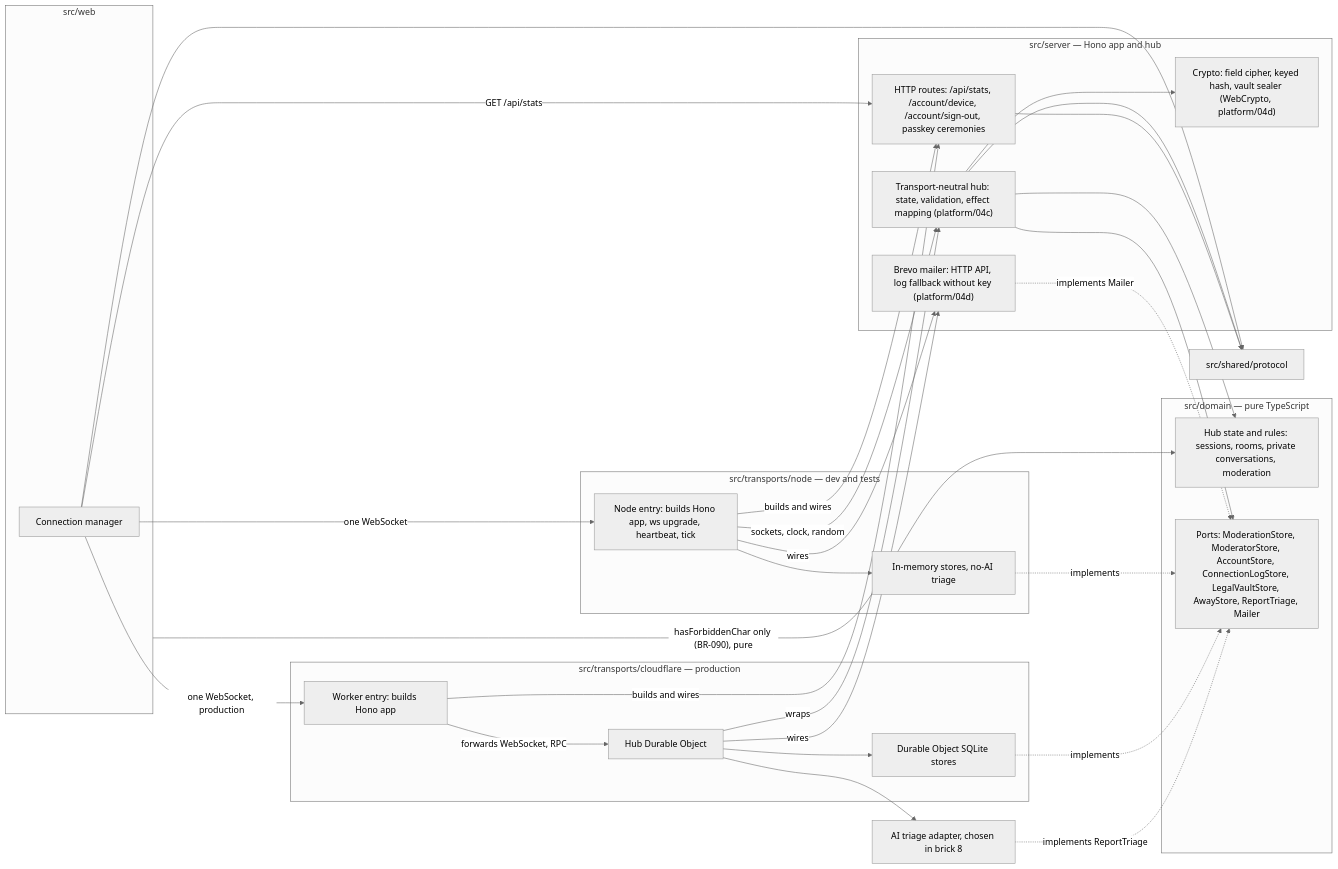
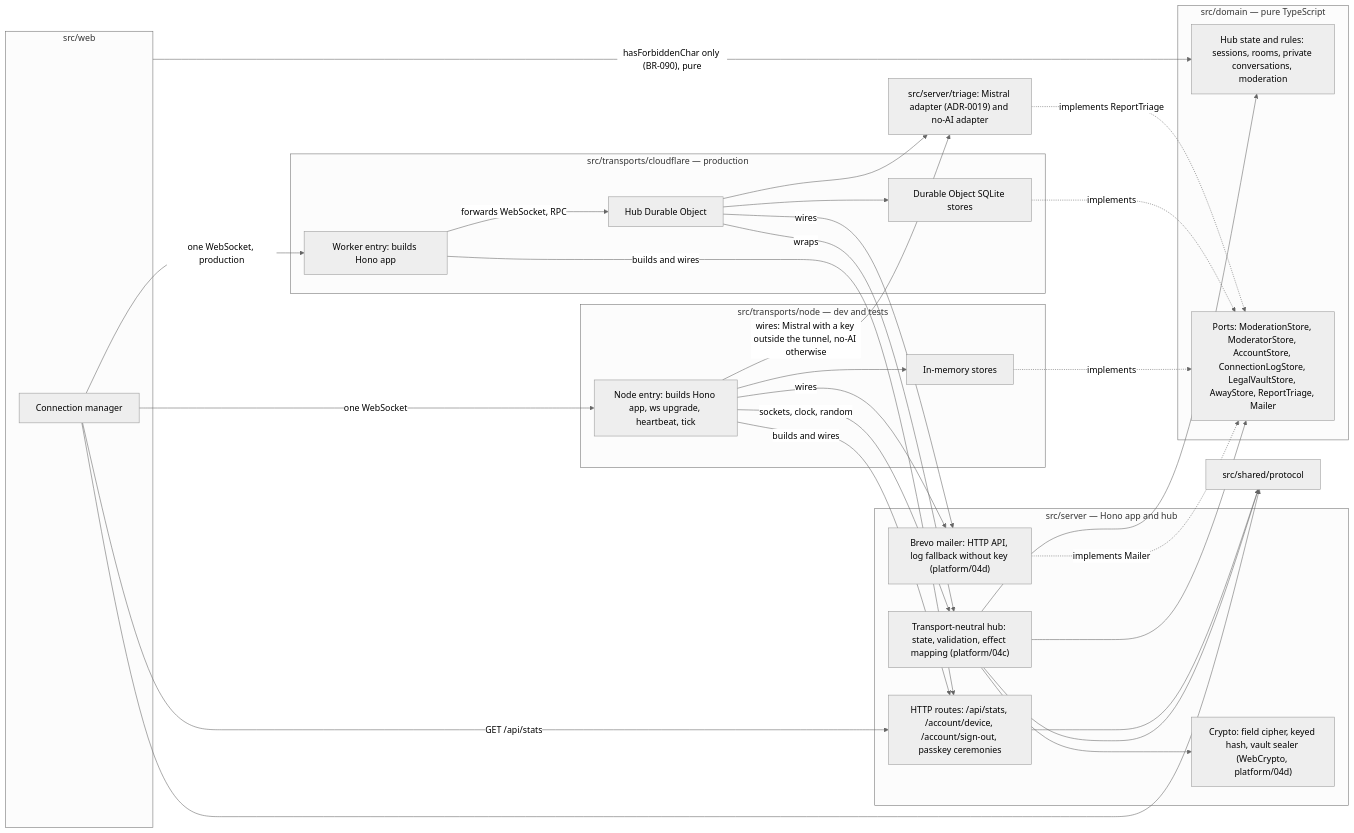
One commit to benoit-bremaud/asv changed the diagram in docs/architecture/diagrams/platform/03-component.md. Above: the diagram before and after it, drawn with Mermaid (neutral theme). The commit also changed other lines of this file and 34 other files, not shown here.

First line of the commit message:
feat(moderation): AI triage of reports with Mistral (8c-1) (#228)

````diff
--- a/docs/architecture/diagrams/platform/03-component.md
+++ b/docs/architecture/diagrams/platform/03-component.md
@@ -14,51 +14,52 @@
 ```mermaid
 flowchart LR
   subgraph Web ["src/web"]
     Conn["Connection manager"]
   end
   Shared["src/shared/protocol"]
   subgraph Server ["src/server — Hono app and hub"]
     Routes["HTTP routes: /api/stats, /account/device, /account/sign-out, passkey ceremonies"]
     Crypto["Crypto: field cipher, keyed hash, vault sealer (WebCrypto, platform/04d)"]
     MailAdapter["Brevo mailer: HTTP API, log fallback without key (platform/04d)"]
     Hub["Transport-neutral hub: state, validation, effect mapping (platform/04c)"]
   end
   subgraph Domain ["src/domain — pure TypeScript"]
     Core["Hub state and rules: sessions, rooms, private conversations, moderation"]
     Ports["Ports: ModerationStore, ModeratorStore, AccountStore, ConnectionLogStore, LegalVaultStore, AwayStore, ReportTriage, Mailer"]
   end
   subgraph NodeT ["src/transports/node — dev and tests"]
     NodeMain["Node entry: builds Hono app, ws upgrade, heartbeat, tick"]
-    NodeStore["In-memory stores, no-AI triage"]
+    NodeStore["In-memory stores"]
   end
   subgraph CfT ["src/transports/cloudflare — production"]
     WorkerEntry["Worker entry: builds Hono app"]
     HubDO["Hub Durable Object"]
     Sqlite["Durable Object SQLite stores"]
   end
-  AIAdapter["AI triage adapter, chosen in brick 8"]
+  AIAdapter["src/server/triage: Mistral adapter (ADR-0019) and no-AI adapter"]
   Conn -->|"one WebSocket"| NodeMain
   Conn -->|"one WebSocket, production"| WorkerEntry
   Conn -->|"GET /api/stats"| Routes
   Hub --> Shared
   Hub --> Core
   Hub --> Ports
   Conn --> Shared
   Web -->|"hasForbiddenChar only (BR-090), pure"| Core
   Routes --> Shared
   NodeMain -->|"builds and wires"| Routes
   WorkerEntry -->|"builds and wires"| Routes
   NodeMain -->|"sockets, clock, random"| Hub
   WorkerEntry -->|"forwards WebSocket, RPC"| HubDO
   HubDO -->|"wraps"| Hub
   NodeStore -.->|"implements"| Ports
   Sqlite -.->|"implements"| Ports
   AIAdapter -.->|"implements ReportTriage"| Ports
   MailAdapter -.->|"implements Mailer"| Ports
   Hub --> Crypto
   NodeMain -->|"wires"| MailAdapter
   HubDO -->|"wires"| MailAdapter
   NodeMain --> NodeStore
+  NodeMain -->|"wires: Mistral with a key outside the tunnel, no-AI otherwise"| AIAdapter
   HubDO --> Sqlite
   HubDO --> AIAdapter
 ```
````
